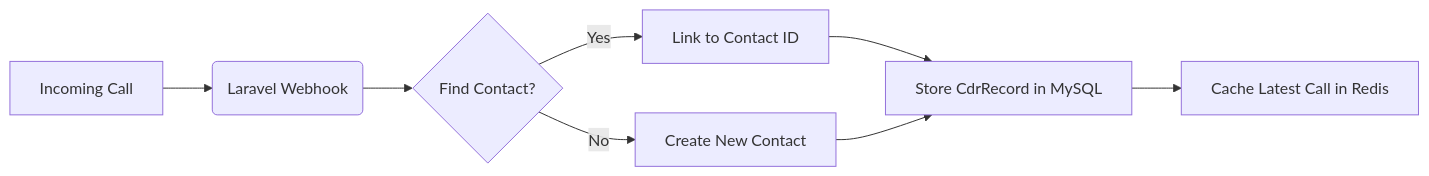
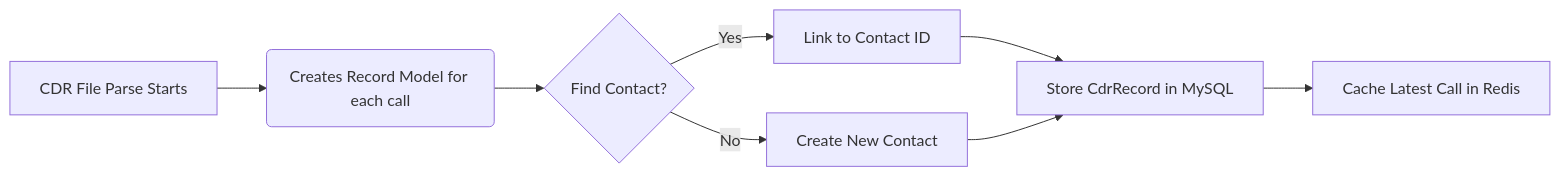
One commit to greg0rys/PhoneLog changed the second of 2 diagrams in README.md. Above: the diagram before and after it, drawn with Mermaid. The commit also changed other lines of this file and 1 other file, not shown here.

````diff
--- a/README.md
+++ b/README.md
@@ -35,10 +36,10 @@
 ```mermaid
 graph LR
-    A[Incoming Call] --> B(Laravel Webhook)
+    A[CDR File Parse Starts] --> B(Creates Record Model for each call)
     B --> C{Find Contact?}
     C -->|Yes| D[Link to Contact ID]
     C -->|No| E[Create New Contact]
     D --> F[Store CdrRecord in MySQL]
     E --> F
     F --> G[Cache Latest Call in Redis]
 ```
````
